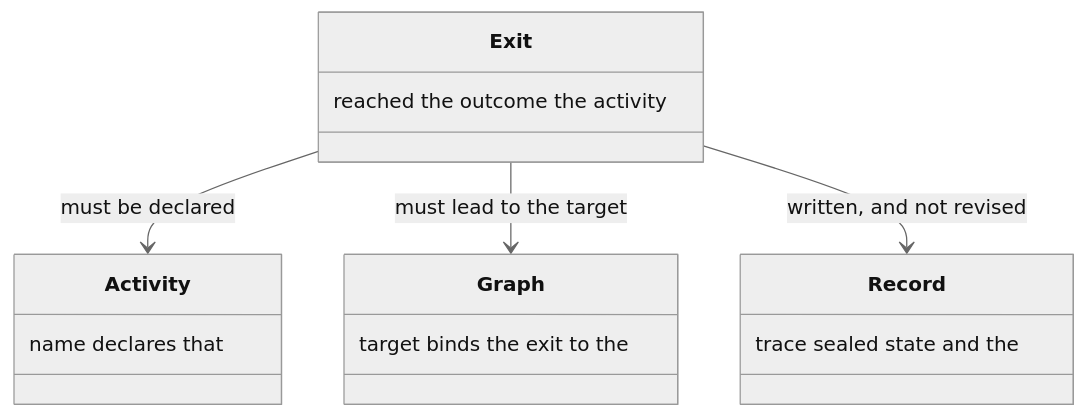
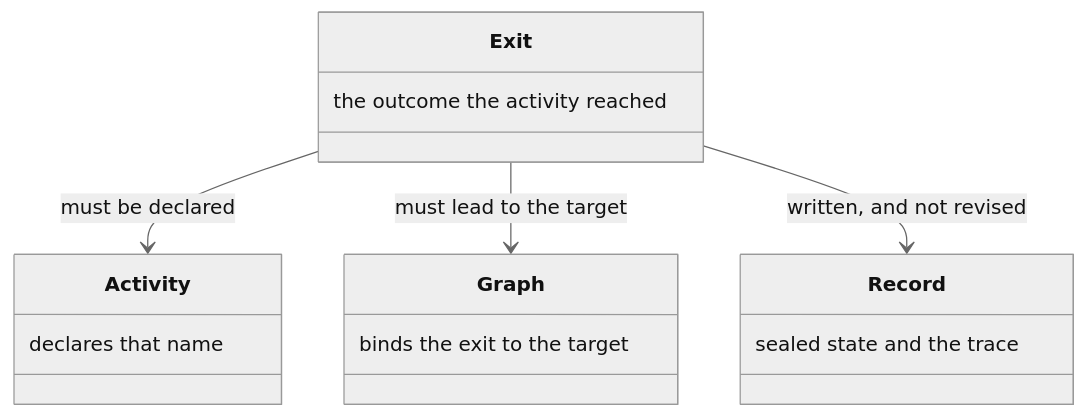
Before and after one commit to m2ux/workflow-server: the tenth of 16 diagrams in docs/fidelity.md, drawn with Mermaid (neutral theme). The commit also changed other lines of this file and 10 other files, not shown here.

Commit message:
Write each class-box note in reading order so the diagram shows the phrase as written.

````diff
--- a/docs/fidelity.md
+++ b/docs/fidelity.md
@@ -205,18 +205,18 @@
 ```mermaid
 classDiagram
   class Exit {
-    reached the outcome the activity
+    the outcome the activity reached
   }
   class Activity {
-    name declares that
+    declares that name
   }
   class Graph {
-    target binds the exit to the
+    binds the exit to the target
   }
   class Record {
-    trace sealed state and the
+    sealed state and the trace
   }
   Exit --> Activity : must be declared
   Exit --> Graph : must lead to the target
   Exit --> Record : written, and not revised
 ```
````
